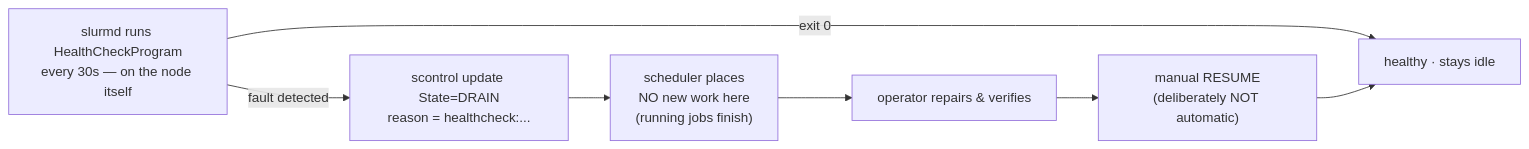
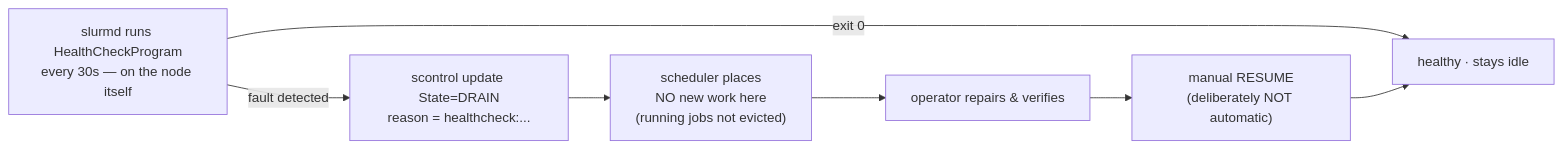
The third of 3 diagrams in README.md (Ajayvardhanreddy/distributed-workload-platform-slurm), drawn with Mermaid before and after one commit. The commit also changed other lines of this file and 3 other files, not shown here.

First line of the commit message:
Harden SSH-CIDR validation and apply flow; add CI; fix README accuracy

````diff
--- a/README.md
+++ b/README.md
@@ -111,9 +115,9 @@
 ```mermaid
 flowchart LR
     A["slurmd runs HealthCheckProgram<br/>every 30s — on the node itself"] -->|exit 0| B["healthy · stays idle"]
     A -->|"fault detected"| C["scontrol update State=DRAIN<br/>reason = healthcheck:..."]
-    C --> D["scheduler places<br/>NO new work here<br/>(running jobs finish)"]
+    C --> D["scheduler places<br/>NO new work here<br/>(running jobs not evicted)"]
     D --> E["operator repairs & verifies"]
     E --> F["manual RESUME<br/>(deliberately NOT automatic)"]
     F --> B
 ```
````
